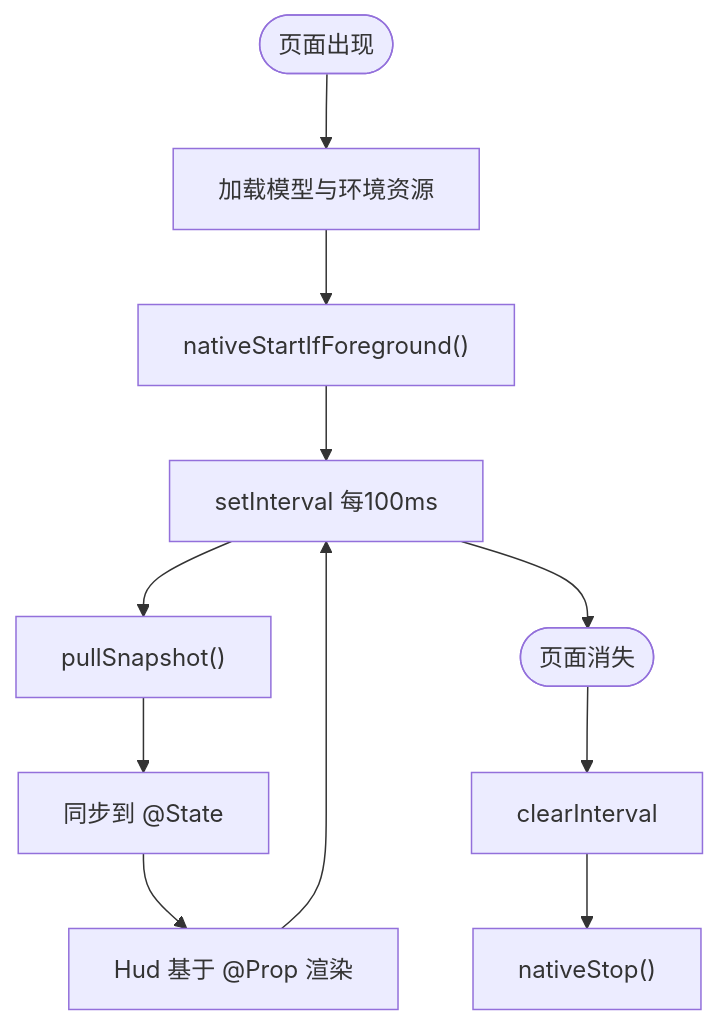
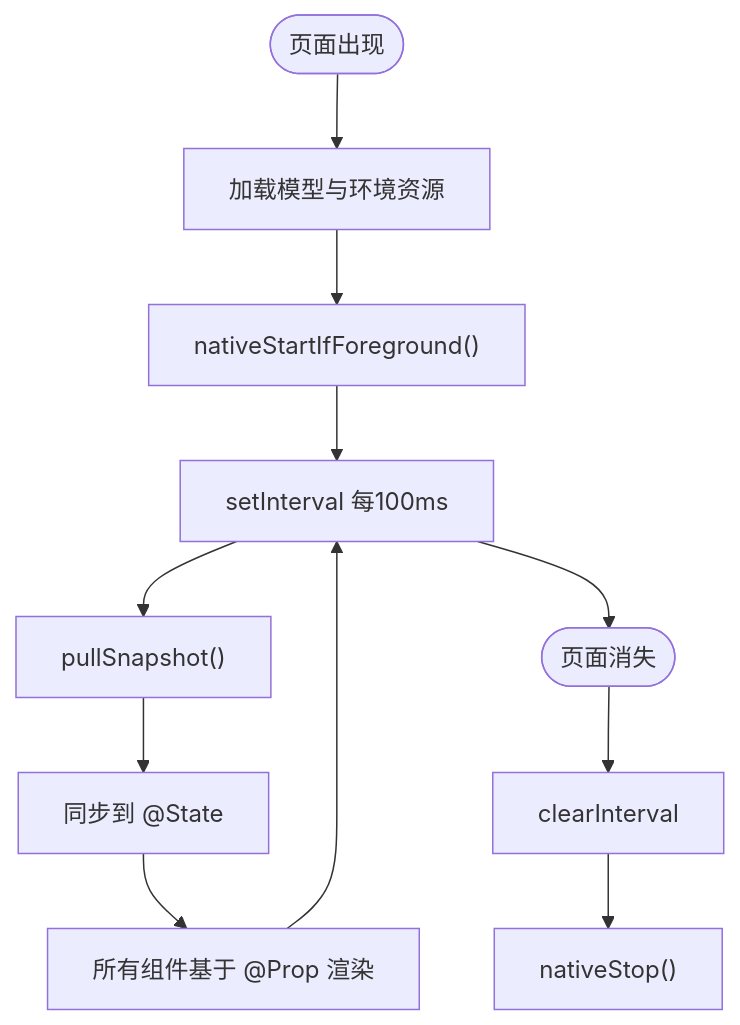
The fourth of 6 diagrams in .qoder/repowiki/zh/content/前端界面系统/UI 组件系统/UI 组件系统.md (sj123sheng/my-world), drawn with Mermaid before and after one commit. The commit also changed other lines of this file and 160 other files, not shown here.

````diff
--- a/.qoder/repowiki/zh/content/前端界面系统/UI 组件系统/UI 组件系统.md
+++ b/.qoder/repowiki/zh/content/前端界面系统/UI 组件系统/UI 组件系统.md
@@ -248,13 +308,13 @@
 ```mermaid
 flowchart TD
 Start(["页面出现"]) --> LoadAssets["加载模型与环境资源"]
 LoadAssets --> StartNative["nativeStartIfForeground()"]
 StartNative --> Timer["setInterval 每100ms"]
 Timer --> Pull["pullSnapshot()"]
 Pull --> Sync["同步到 @State"]
-Sync --> Render["Hud 基于 @Prop 渲染"]
+Sync --> Render["所有组件基于 @Prop 渲染"]
 Render --> Timer
 Timer --> Stop(["页面消失"])
 Stop --> ClearTimer["clearInterval"]
 ClearTimer --> StopNative["nativeStop()"]
 ```
````
